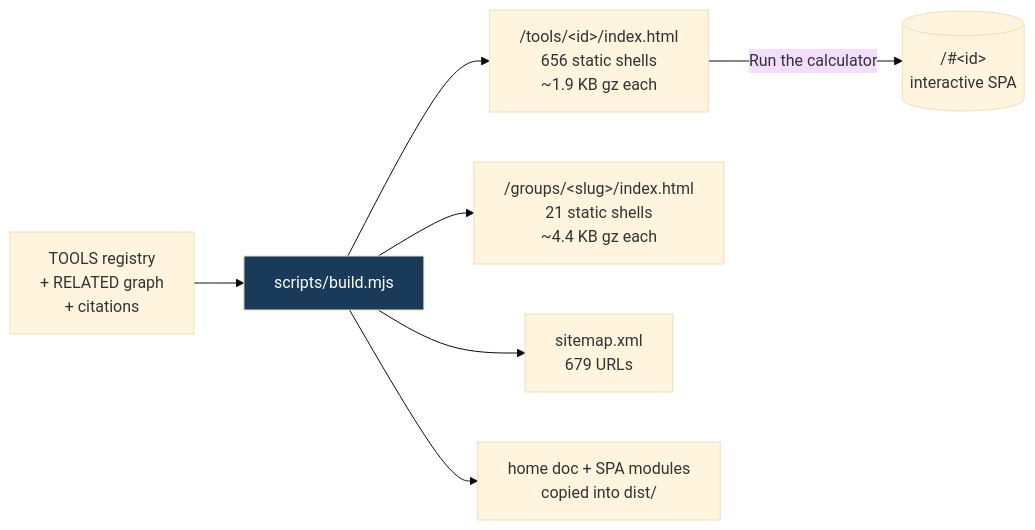
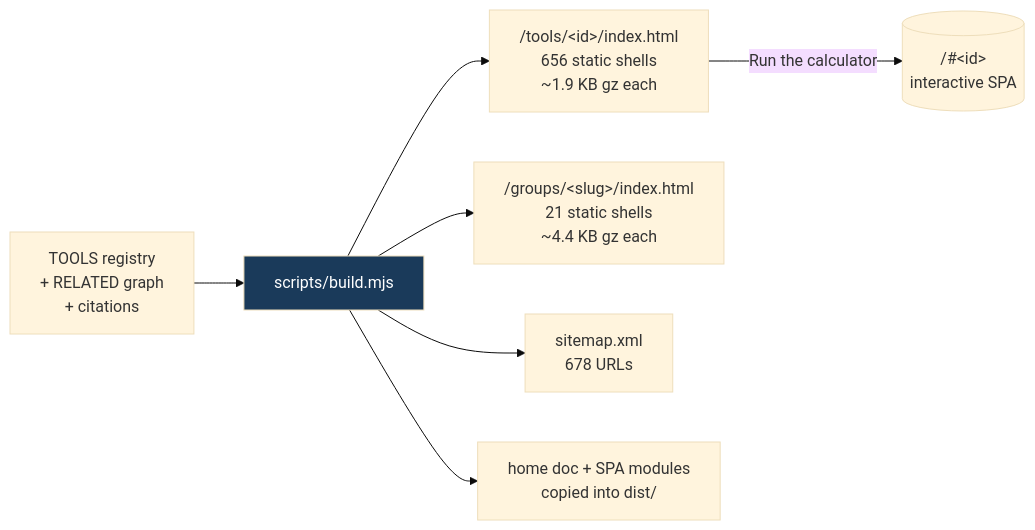
The fifth of 8 diagrams in README.md (clay-good/roughlogic.com), drawn with Mermaid (base theme) before and after one commit. The commit also changed other lines of this file and 15 other files, not shown here.

````diff
--- a/README.md
+++ b/README.md
@@ -450,10 +450,10 @@
 ```mermaid
 flowchart LR
     SRC[TOOLS registry\n+ RELATED graph\n+ citations] --> BUILD[scripts/build.mjs]
     BUILD --> TILE["/tools/&lt;id&gt;/index.html\n656 static shells\n~1.9 KB gz each"]
     BUILD --> GROUP["/groups/&lt;slug&gt;/index.html\n21 static shells\n~4.4 KB gz each"]
-    BUILD --> MAP["sitemap.xml\n679 URLs"]
+    BUILD --> MAP["sitemap.xml\n678 URLs"]
     BUILD --> COPY[home doc + SPA modules\ncopied into dist/]
     TILE -->|Run the calculator| SPA[("/#&lt;id&gt;\ninteractive SPA")]
     style BUILD fill:#1a3a5a,color:#fff
 ```
````
